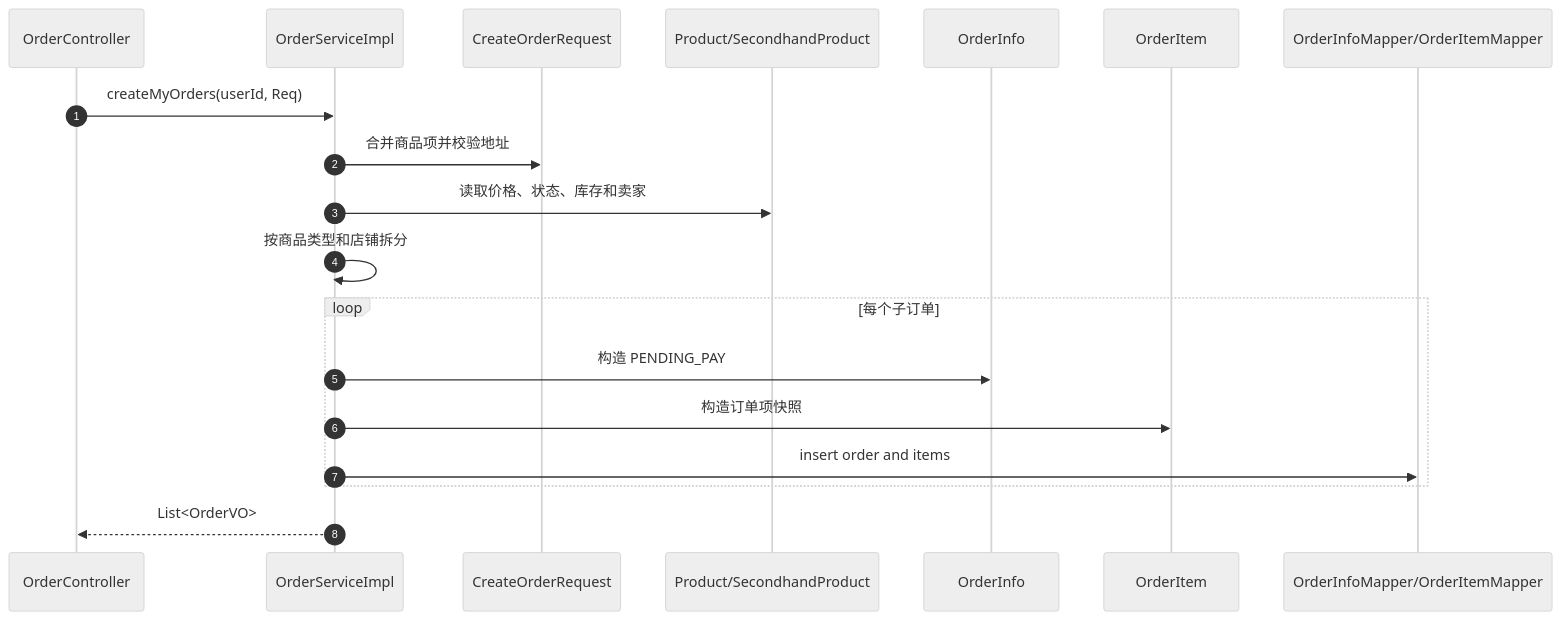
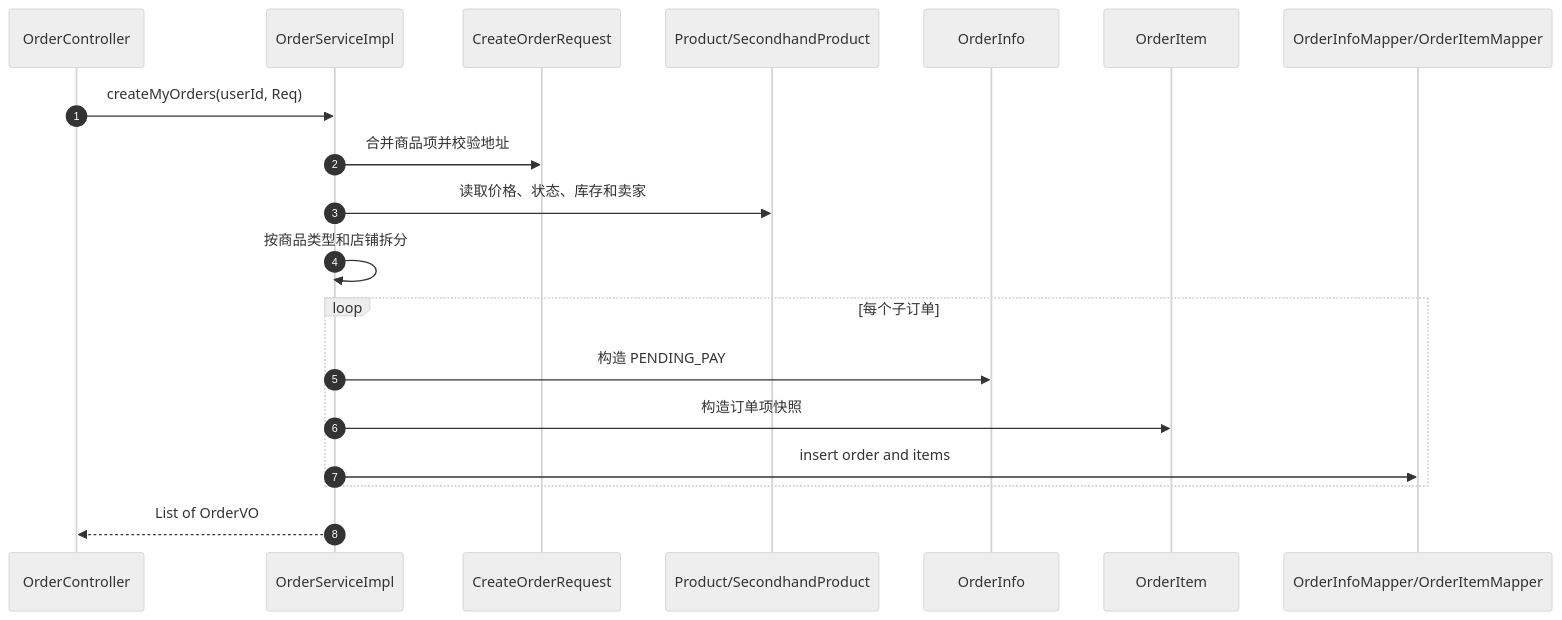
The diagram in 02_docs/UC11/object-sequence.mmd (Isabella-Apus/SEGroup8), drawn with Mermaid (neutral theme) before and after one commit. The commit also changed 7 other files, not shown here.

```diff
--- a/02_docs/UC11/object-sequence.mmd
+++ b/02_docs/UC11/object-sequence.mmd
@@ -1,20 +1,20 @@
 %% OBJ-SEQ11
 sequenceDiagram
   autonumber
   participant C as OrderController
   participant S as OrderServiceImpl
   participant Req as CreateOrderRequest
   participant P as Product/SecondhandProduct
   participant O as OrderInfo
   participant I as OrderItem
   participant OM as OrderInfoMapper/OrderItemMapper
   C->>S: createMyOrders(userId, Req)
   S->>Req: 合并商品项并校验地址
   S->>P: 读取价格、状态、库存和卖家
   S->>S: 按商品类型和店铺拆分
   loop 每个子订单
     S->>O: 构造 PENDING_PAY
     S->>I: 构造订单项快照
     S->>OM: insert order and items
   end
-  S-->>C: List<OrderVO>
+  S-->>C: List of OrderVO
```
